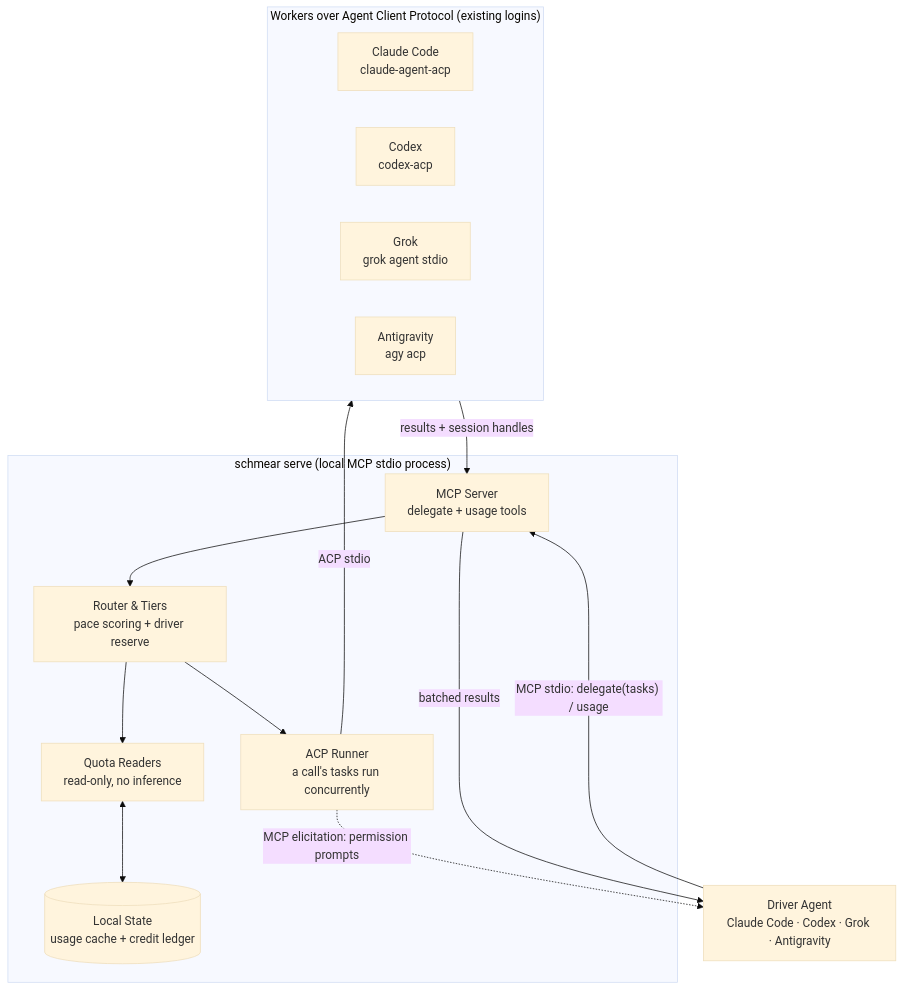
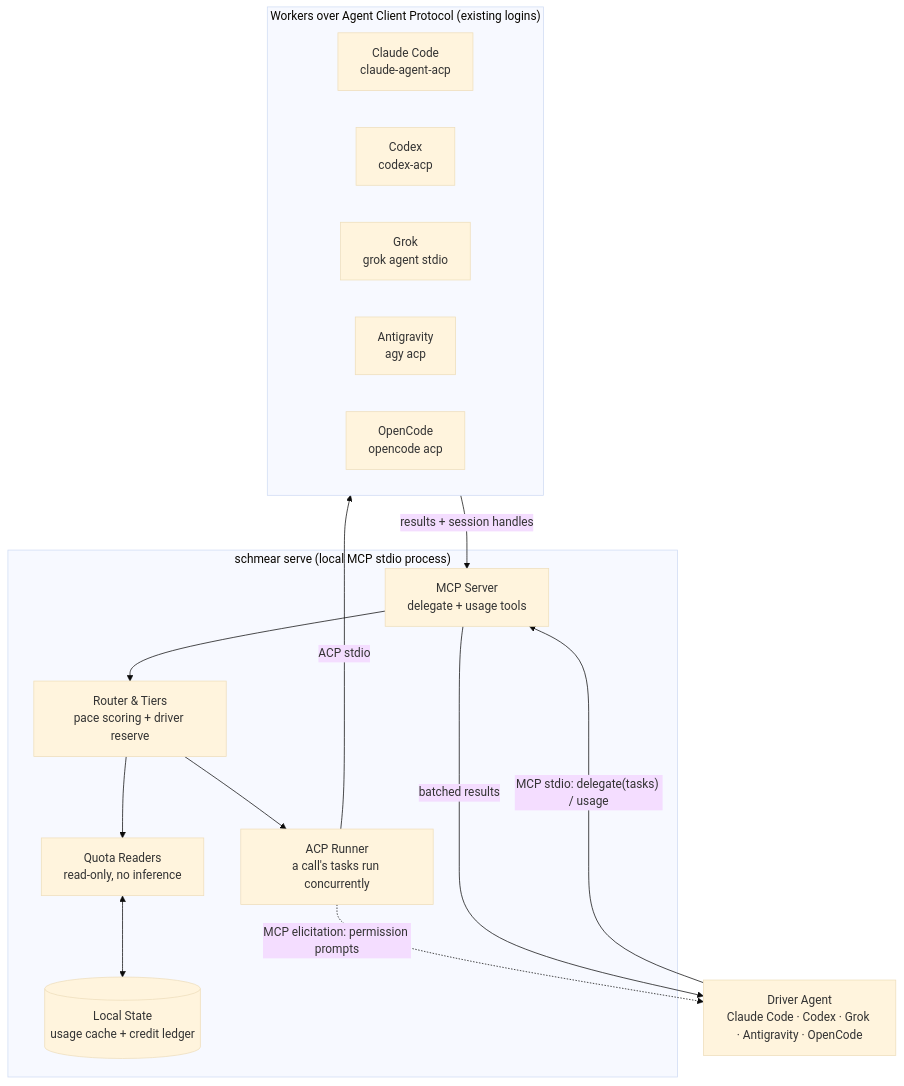
The diagram in README.md (ankit8898/schmear), drawn with Mermaid (base theme) before and after one commit. The commit also changed other lines of this file and 35 other files, not shown here.

Commit message:
Add OpenCode Go as a worker and host, on Go models only

````diff
--- a/README.md
+++ b/README.md
@@ -138,31 +138,32 @@
 ```mermaid
 flowchart TB
-    driver["Driver Agent<br/>Claude Code · Codex · Grok · Antigravity"]
+    driver["Driver Agent<br/>Claude Code · Codex · Grok · Antigravity · OpenCode"]
 
     subgraph schmear["schmear serve (local MCP stdio process)"]
         server["MCP Server<br/>delegate + usage tools"]
         router["Router & Tiers<br/>pace scoring + driver reserve"]
         usage["Quota Readers<br/>read-only, no inference"]
         acp["ACP Runner<br/>a call's tasks run concurrently"]
         state[("Local State<br/>usage cache + credit ledger")]
 
         server --> router
         router --> usage
         usage <--> state
         router --> acp
     end
 
     subgraph workers["Workers over Agent Client Protocol (existing logins)"]
         direction LR
         w1["Claude Code<br/>claude-agent-acp"]
         w2["Codex<br/>codex-acp"]
         w3["Grok<br/>grok agent stdio"]
         w4["Antigravity<br/>agy acp"]
+        w5["OpenCode<br/>opencode acp"]
     end
 
     driver -- "MCP stdio: delegate(tasks) / usage" --> server
     acp -. "MCP elicitation: permission prompts" .-> driver
     acp -- "ACP stdio" --> workers
     workers -- "results + session handles" --> server
     server -- "batched results" --> driver
 ```
````
